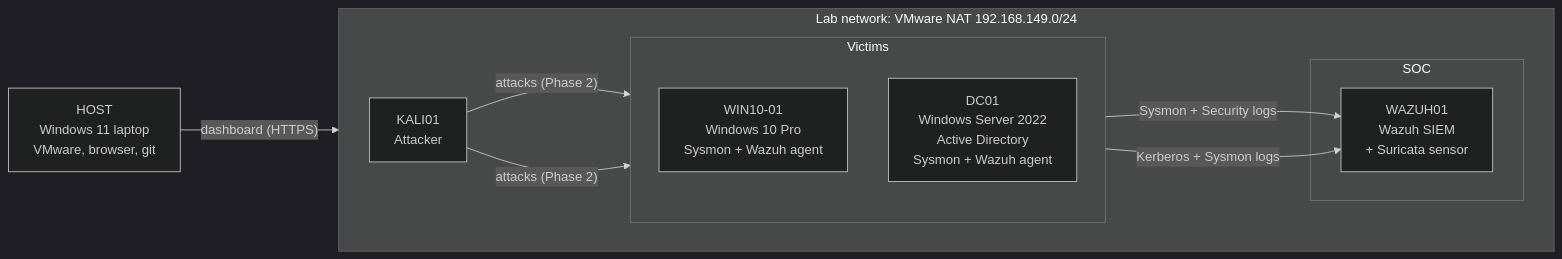
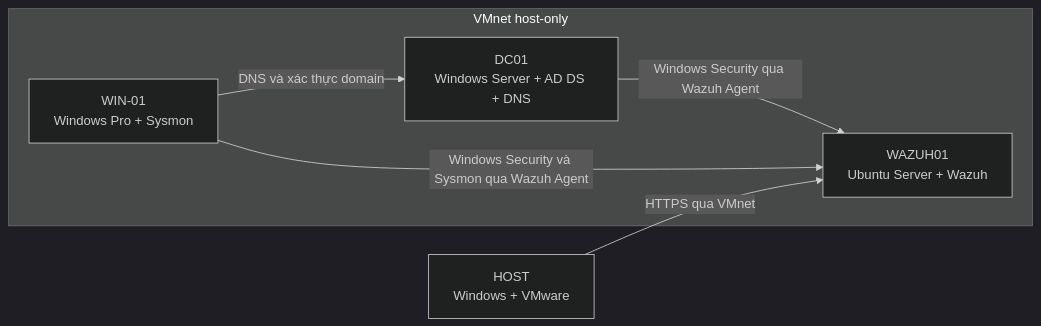
One commit to louishoang711/Purple-team-SOC-Lab changed the diagram in docs/architecture.md. Above: the diagram before and after it, drawn with Mermaid (dark theme). The commit also changed other lines of this file and 10 other files, not shown here.

Commit message:
Document the SOC lab rebuild and privilege detection phases

````diff
--- a/docs/architecture.md
+++ b/docs/architecture.md
@@ -9,25 +5,13 @@
 ```mermaid
 flowchart LR
-    HOST["HOST<br/>Windows 11 laptop<br/>VMware, browser, git"]
-
-    subgraph LAB["Lab network: VMware NAT 192.168.149.0/24"]
-        direction LR
-        KALI["KALI01<br/>Attacker"]
-
-        subgraph VICTIMS["Victims"]
-            direction TB
-            WIN["WIN10-01<br/>Windows 10 Pro<br/>Sysmon + Wazuh agent"]
-            DC["DC01<br/>Windows Server 2022<br/>Active Directory<br/>Sysmon + Wazuh agent"]
-        end
-
-        subgraph SOC["SOC"]
-            WAZ["WAZUH01<br/>Wazuh SIEM<br/>+ Suricata sensor"]
-        end
+    HOST["HOST<br/>Windows + VMware"]
+    subgraph LAB["VMnet host-only"]
+        WAZ["WAZUH01<br/>Ubuntu Server + Wazuh"]
+        DC["DC01<br/>Windows Server + AD DS + DNS"]
+        WIN["WIN-01<br/>Windows Pro + Sysmon"]
+        WIN -->|"DNS và xác thực domain"| DC
+        DC -->|"Windows Security qua Wazuh Agent"| WAZ
+        WIN -->|"Windows Security và Sysmon qua Wazuh Agent"| WAZ
     end
-
-    KALI -- "attacks (Phase 2)" --> WIN
-    KALI -- "attacks (Phase 2)" --> DC
-    WIN -- "Sysmon + Security logs" --> WAZ
-    DC -- "Kerberos + Sysmon logs" --> WAZ
-    HOST -- "dashboard (HTTPS)" --> WAZ
+    HOST -->|"HTTPS qua VMnet"| WAZ
 ```
````
